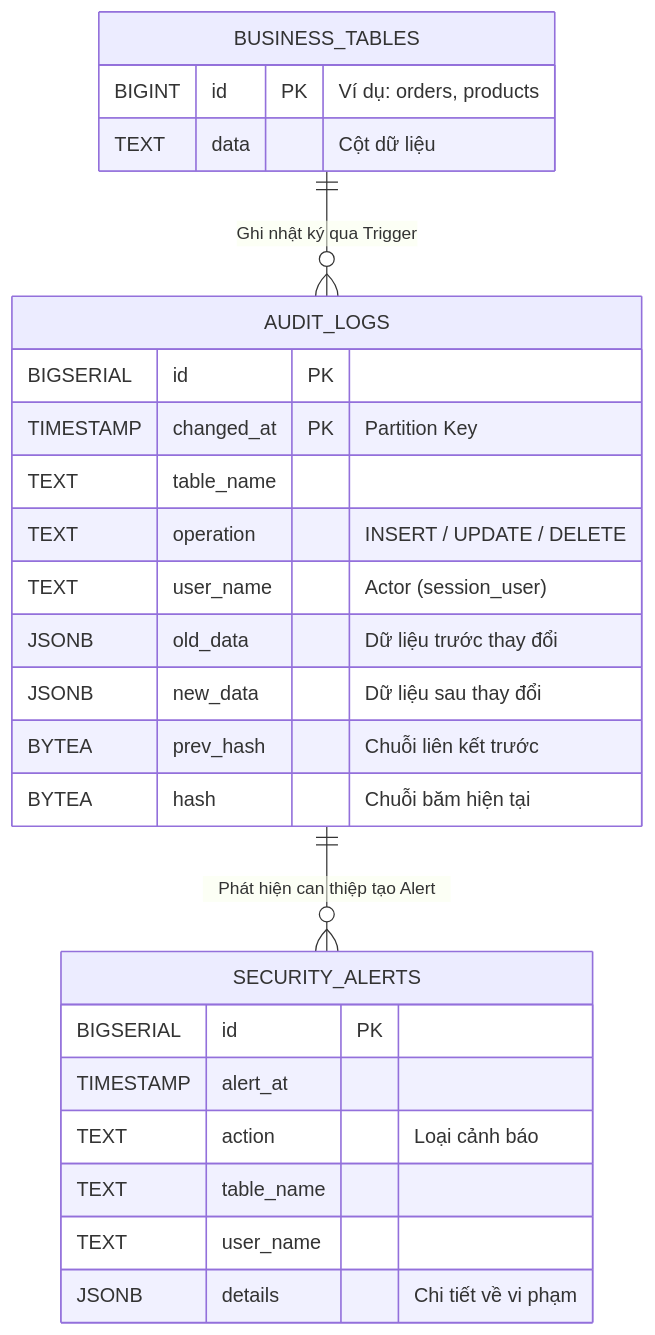
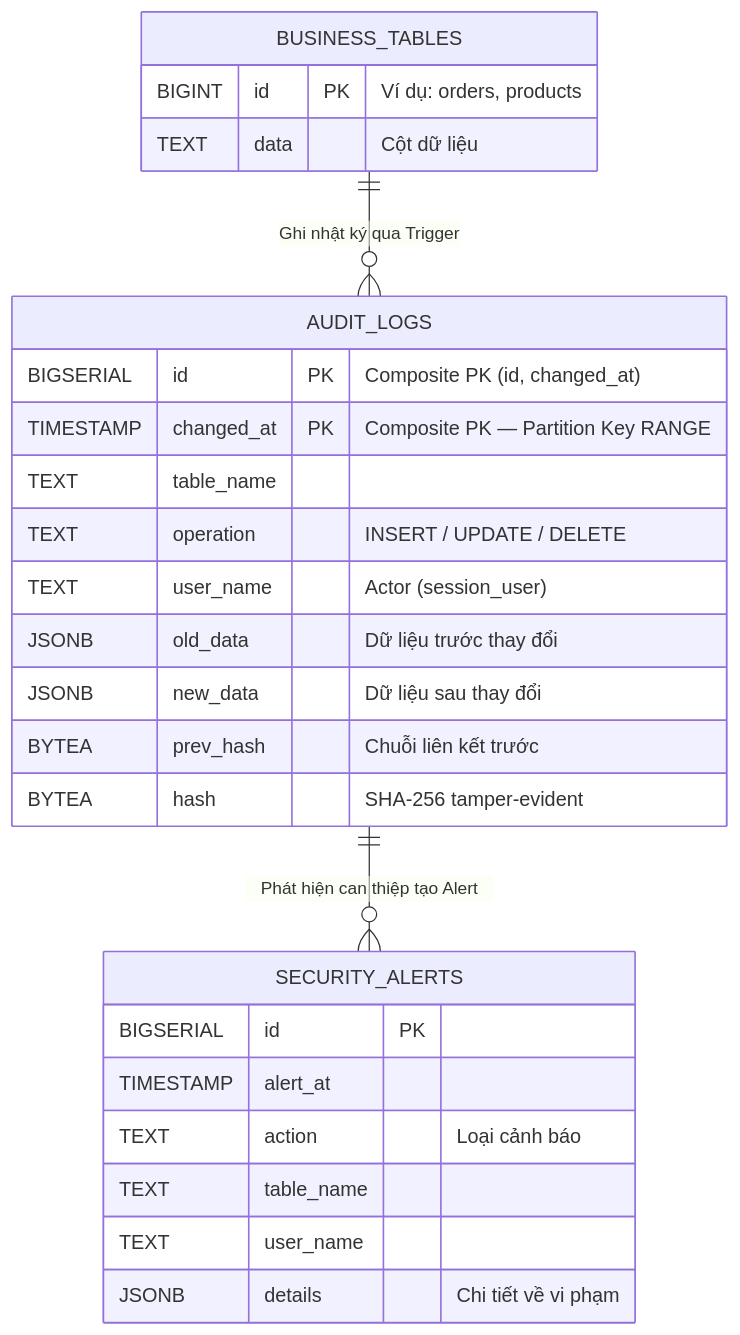
The third of 8 diagrams in sodo-baocao.md (rubyhcm/csdl), drawn with Mermaid before and after one commit. The commit also changed other lines of this file, not shown here.

Commit message:
Refine audit log schema: update primary key definition and enhance clarity in flowchart descriptions

````diff
--- a/sodo-baocao.md
+++ b/sodo-baocao.md
@@ -93,31 +93,31 @@
 ```mermaid
 erDiagram
     BUSINESS_TABLES {
         BIGINT id PK "Ví dụ: orders, products"
         TEXT data "Cột dữ liệu"
     }
     
     AUDIT_LOGS {
-        BIGSERIAL id PK
-        TIMESTAMP changed_at PK "Partition Key"
+        BIGSERIAL id PK "Composite PK (id, changed_at)"
+        TIMESTAMP changed_at PK "Composite PK — Partition Key RANGE"
         TEXT table_name
         TEXT operation "INSERT / UPDATE / DELETE"
         TEXT user_name "Actor (session_user)"
         JSONB old_data "Dữ liệu trước thay đổi"
         JSONB new_data "Dữ liệu sau thay đổi"
         BYTEA prev_hash "Chuỗi liên kết trước"
-        BYTEA hash "Chuỗi băm hiện tại"
+        BYTEA hash "SHA-256 tamper-evident"
     }
     
     SECURITY_ALERTS {
         BIGSERIAL id PK
         TIMESTAMP alert_at
         TEXT action "Loại cảnh báo"
         TEXT table_name
         TEXT user_name
         JSONB details "Chi tiết về vi phạm"
     }
     
     BUSINESS_TABLES ||--o{ AUDIT_LOGS : "Ghi nhật ký qua Trigger"
     AUDIT_LOGS ||--o{ SECURITY_ALERTS : "Phát hiện can thiệp tạo Alert"
 ```
````
